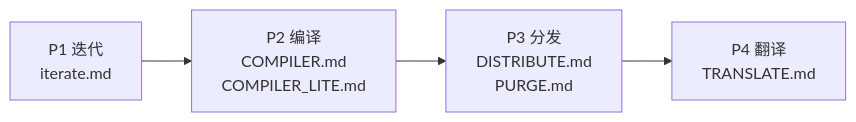
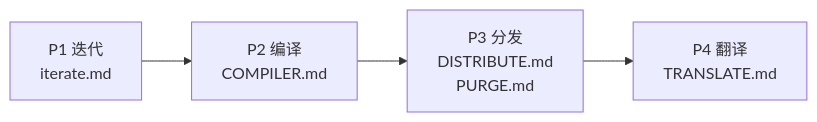
Before and after one commit to share-skills/pi: the second of 2 diagrams in docs/WHY_COMPILER.md, drawn with Mermaid. The commit also changed other lines of this file and 26 other files, not shown here.

````diff
--- a/docs/WHY_COMPILER.md
+++ b/docs/WHY_COMPILER.md
@@ -163,6 +101,6 @@
 ```mermaid
 flowchart LR
-    P1["P1 迭代<br/>iterate.md"] --> P2["P2 编译<br/>COMPILER.md<br/>COMPILER_LITE.md"]
+    P1["P1 迭代<br/>iterate.md"] --> P2["P2 编译<br/>COMPILER.md"]
     P2 --> P3["P3 分发<br/>DISTRIBUTE.md<br/>PURGE.md"]
     P3 --> P4["P4 翻译<br/>TRANSLATE.md"]
 ```
````
